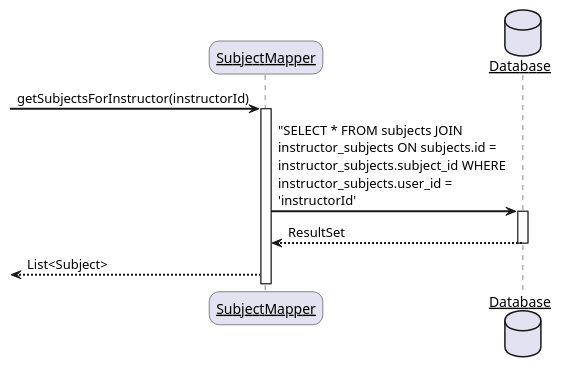
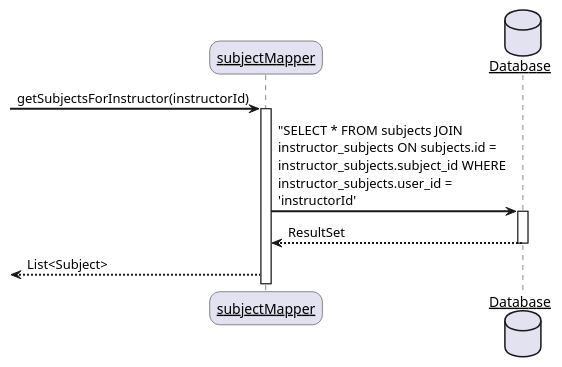
Before and after one commit to omjadas/ekzameno: the diagram in docs/diagrams/sequence/associationTable.puml, drawn with PlantUML. The commit also changed 6 other files, not shown here.

Commit message:
fix: sequence diagrams

```diff
--- a/docs/diagrams/sequence/associationTable.puml
+++ b/docs/diagrams/sequence/associationTable.puml
@@ -1,23 +1,23 @@
 @startuml Association Table
 
 skinparam sequenceArrowThickness 2
 skinparam roundcorner 20
 skinparam maxmessagesize 230
 skinparam sequenceParticipant underline
 
-participant "SubjectMapper" as A
+participant "subjectMapper" as A
 database Database
 
--> A:getSubjectsForInstructor(instructorId)
+-> A: getSubjectsForInstructor(instructorId)
 activate A
 
 A -> Database: "SELECT * FROM subjects JOIN instructor_subjects ON subjects.id = instructor_subjects.subject_id WHERE instructor_subjects.user_id = 'instructorId'
 activate Database
 
 Database --> A: ResultSet
 deactivate Database
 
 <-- A : List<Subject>
 deactivate Database
 
 @enduml
```
